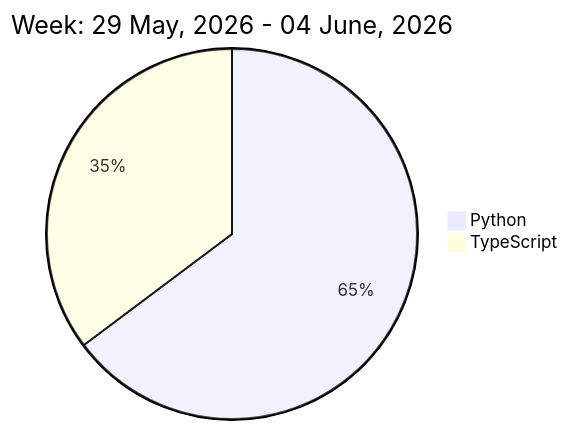
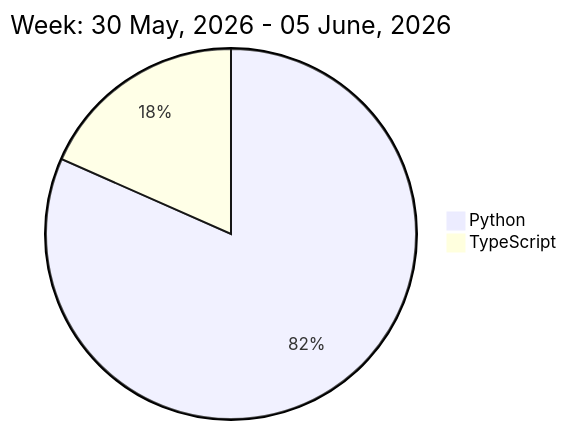
One commit to liubin95/liubin95 changed the diagram in README.md. Above: the diagram before and after it, drawn with Mermaid.

Commit message:
Updated the Graph with new Metrics

````diff
--- a/README.md
+++ b/README.md
@@ -32,6 +32,6 @@
 ```mermaid
  pie
-title Week: 29 May, 2026 - 04 June, 2026
- "Python" : 8.73
- "TypeScript" : 4.75
+title Week: 30 May, 2026 - 05 June, 2026
+ "Python" : 10.22
+ "TypeScript" : 2.3
 ```
````
